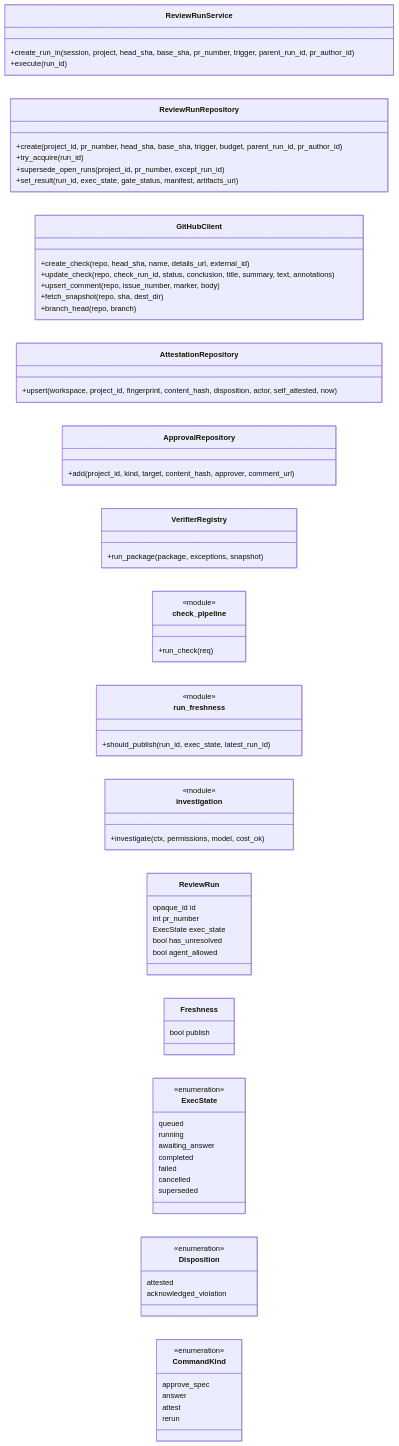
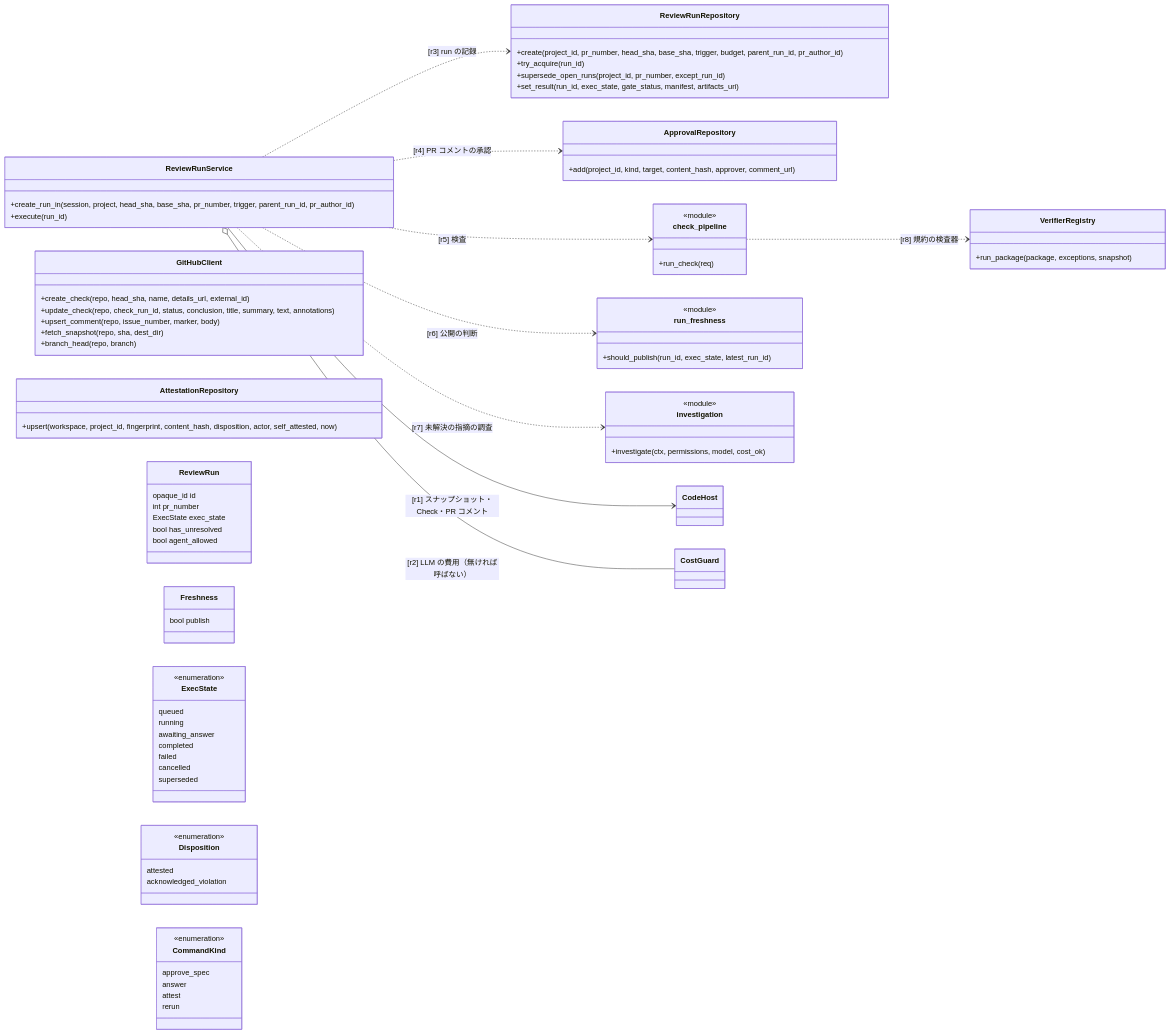
One commit to tanabe-yudai/speclino changed the first of 2 diagrams in .speclino/specs/spec-gate-002.md. Above: the diagram before and after it, drawn with Mermaid. The commit also changed other lines of this file and 8 other files, not shown here.

````diff
--- a/.speclino/specs/spec-gate-002.md
+++ b/.speclino/specs/spec-gate-002.md
@@ -136,4 +137,14 @@
         attest
         rerun
     }
+    class CodeHost
+    class CostGuard
+    ReviewRunService --> CodeHost : [r1] スナップショット・Check・PR コメント
+    ReviewRunService o-- CostGuard : [r2] LLM の費用（無ければ呼ばない）
+    ReviewRunService ..> ReviewRunRepository : [r3] run の記録
+    ReviewRunService ..> ApprovalRepository : [r4] PR コメントの承認
+    ReviewRunService ..> check_pipeline : [r5] 検査
+    ReviewRunService ..> run_freshness : [r6] 公開の判断
+    ReviewRunService ..> investigation : [r7] 未解決の指摘の調査
+    check_pipeline ..> VerifierRegistry : [r8] 規約の検査器
 ```
````
